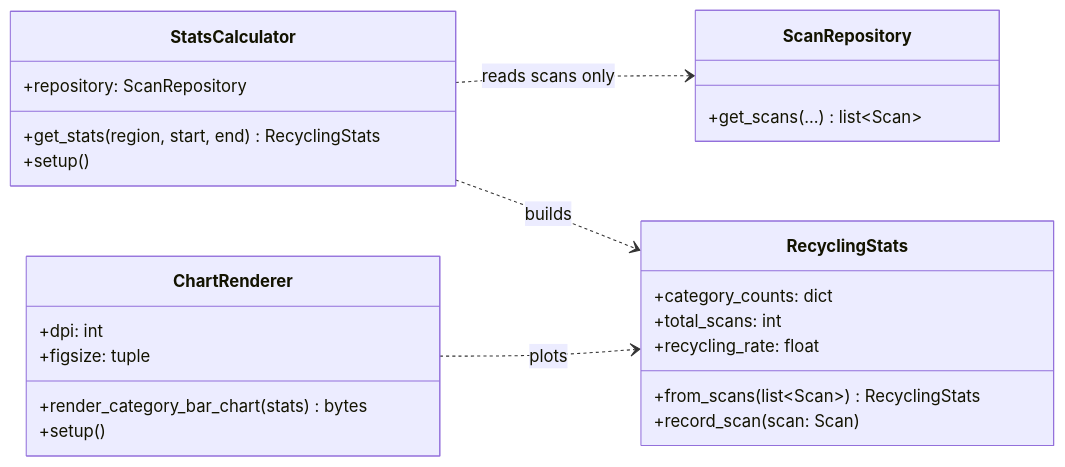
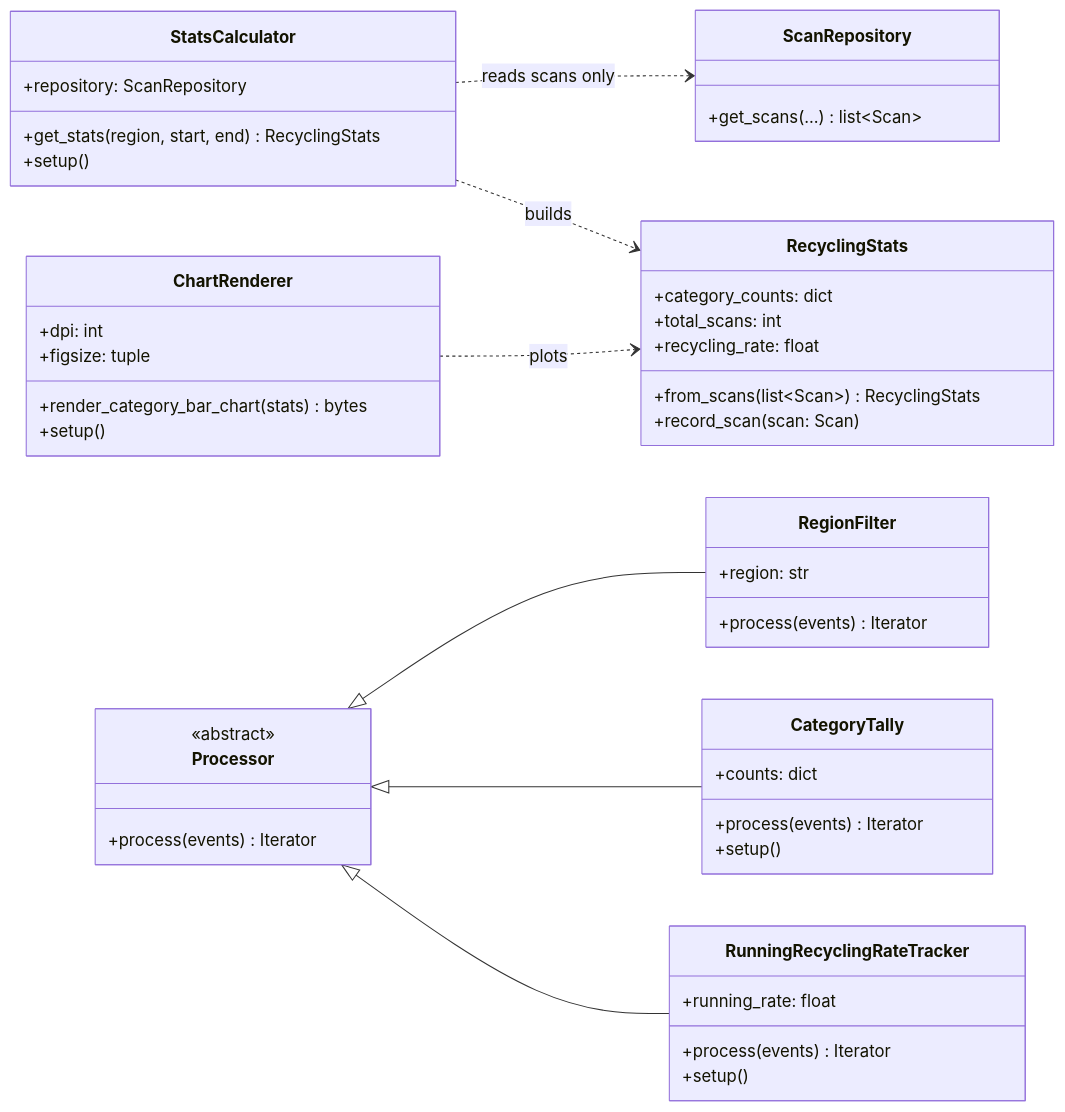
One commit to Timmyy3000/waste-sorting-assistant changed the fourth of 4 diagrams in README.md. Above: the diagram before and after it, drawn with Mermaid. The commit also changed other lines of this file and 1 other file, not shown here.

Commit message:
Add HT2 stream processors for analytics subsystem.
RegionFilter, CategoryTally, and RunningRecyclingRateTracker inherit Processor for pipeline chaining; README documents them alongside the existing Pipeline diagram.

````diff
--- a/README.md
+++ b/README.md
@@ -134,28 +135,49 @@
 ```mermaid
 classDiagram
     direction LR
     class RecyclingStats {
         +category_counts: dict
         +total_scans: int
         +recycling_rate: float
         +from_scans(list~Scan~) RecyclingStats
         +record_scan(scan: Scan)
     }
     class StatsCalculator {
         +repository: ScanRepository
         +get_stats(region, start, end) RecyclingStats
         +setup()
     }
     class ChartRenderer {
         +dpi: int
         +figsize: tuple
         +render_category_bar_chart(stats) bytes
         +setup()
     }
+    class Processor {
+        <<abstract>>
+        +process(events) Iterator
+    }
+    class RegionFilter {
+        +region: str
+        +process(events) Iterator
+    }
+    class CategoryTally {
+        +counts: dict
+        +process(events) Iterator
+        +setup()
+    }
+    class RunningRecyclingRateTracker {
+        +running_rate: float
+        +process(events) Iterator
+        +setup()
+    }
     class ScanRepository {
         +get_scans(...) list~Scan~
     }
+    Processor <|-- RegionFilter
+    Processor <|-- CategoryTally
+    Processor <|-- RunningRecyclingRateTracker
     StatsCalculator ..> ScanRepository : reads scans only
     StatsCalculator ..> RecyclingStats : builds
     ChartRenderer ..> RecyclingStats : plots
 ```
````
